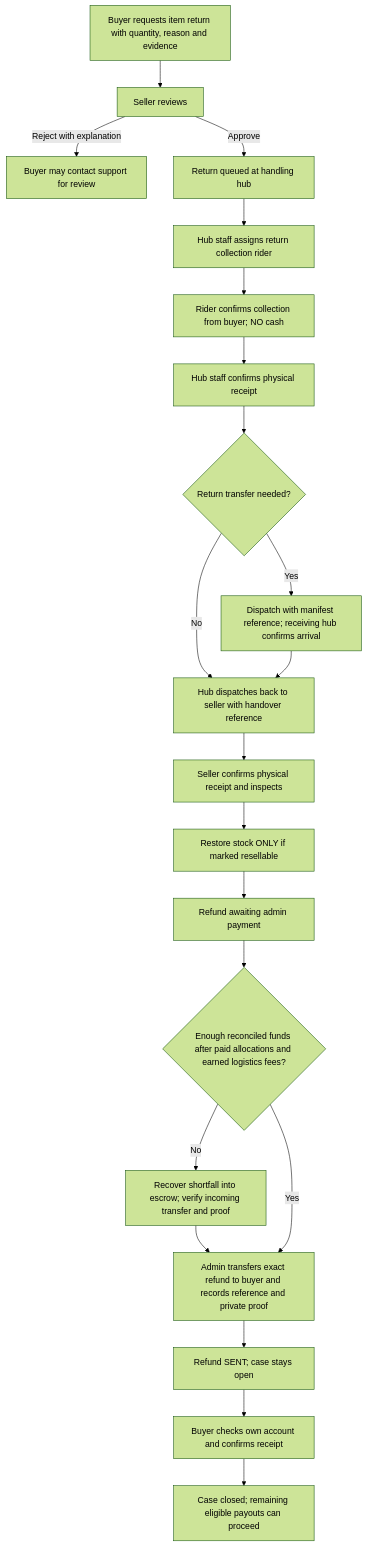
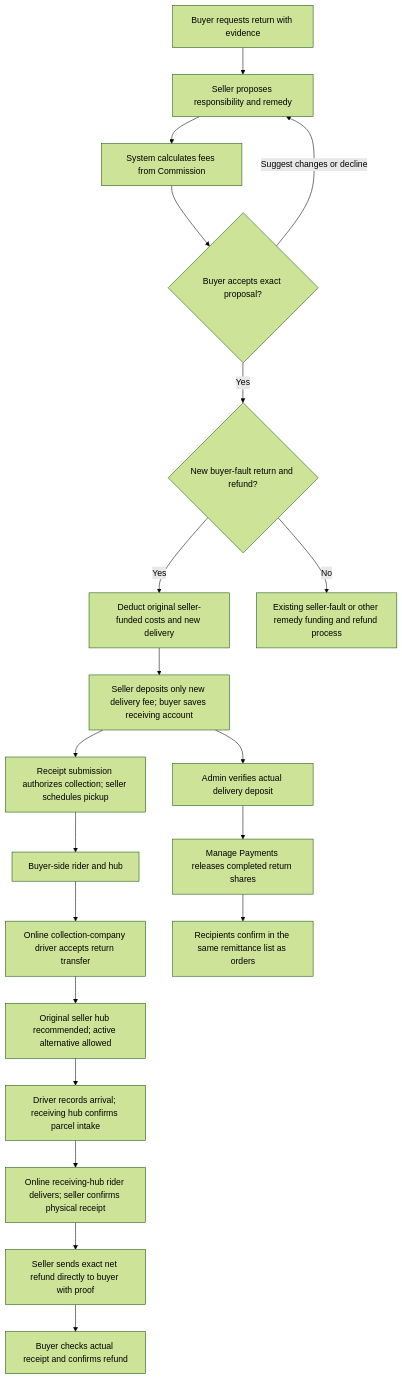
One commit to reneerosetuason/invoiz-integrated-system changed the second of 3 diagrams in docs/flows/order-return-escrow.md. Above: the diagram before and after it, drawn with Mermaid (forest theme). The commit also changed other lines of this file and 108 other files, not shown here.

Commit message:
tested the buyer fault return, added input banking details in remittance

````diff
--- a/docs/flows/order-return-escrow.md
+++ b/docs/flows/order-return-escrow.md
@@ -33,23 +33,22 @@
 ```mermaid
 flowchart TD
-    A[Buyer requests item return with quantity, reason and evidence] --> B[Seller reviews]
-    B -->|Reject with explanation| C[Buyer may contact support for review]
-    B -->|Approve| D[Return queued at handling hub]
-    D --> E[Hub staff assigns return collection rider]
-    E --> F[Rider confirms collection from buyer; NO cash]
-    F --> G[Hub staff confirms physical receipt]
-    G --> H{Return transfer needed?}
-    H -->|Yes| I[Dispatch with manifest reference; receiving hub confirms arrival]
-    H -->|No| J[Hub dispatches back to seller with handover reference]
-    I --> J
-    J --> K[Seller confirms physical receipt and inspects]
-    K --> L[Restore stock ONLY if marked resellable]
-    L --> M[Refund awaiting admin payment]
-    M --> N{Enough reconciled funds after paid allocations and earned logistics fees?}
-    N -->|No| O[Recover shortfall into escrow; verify incoming transfer and proof]
-    O --> P[Admin transfers exact refund to buyer and records reference and private proof]
-    N -->|Yes| P
-    P --> Q[Refund SENT; case stays open]
-    Q --> R[Buyer checks own account and confirms receipt]
-    R --> S[Case closed; remaining eligible payouts can proceed]
+    A[Buyer requests return with evidence] --> B[Seller proposes responsibility and remedy]
+    B --> C[System calculates fees from Commission]
+    C --> D{Buyer accepts exact proposal?}
+    D -->|Suggest changes or decline| B
+    D -->|Yes| E{New buyer-fault return and refund?}
+    E -->|Yes| F[Deduct original seller-funded costs and new delivery]
+    F --> G[Seller deposits only new delivery fee; buyer saves receiving account]
+    G --> H[Receipt submission authorizes collection; seller schedules pickup]
+    H --> I[Buyer-side rider and hub]
+    I --> J[Online collection-company driver accepts return transfer]
+    J --> J2[Original seller hub recommended; active alternative allowed]
+    J2 --> J3[Driver records arrival; receiving hub confirms parcel intake]
+    J3 --> K[Online receiving-hub rider delivers; seller confirms physical receipt]
+    K --> L[Seller sends exact net refund directly to buyer with proof]
+    L --> M[Buyer checks actual receipt and confirms refund]
+    G --> N[Admin verifies actual delivery deposit]
+    N --> O[Manage Payments releases completed return shares]
+    O --> P[Recipients confirm in the same remittance list as orders]
+    E -->|No| Q[Existing seller-fault or other remedy funding and refund process]
 ```
````
